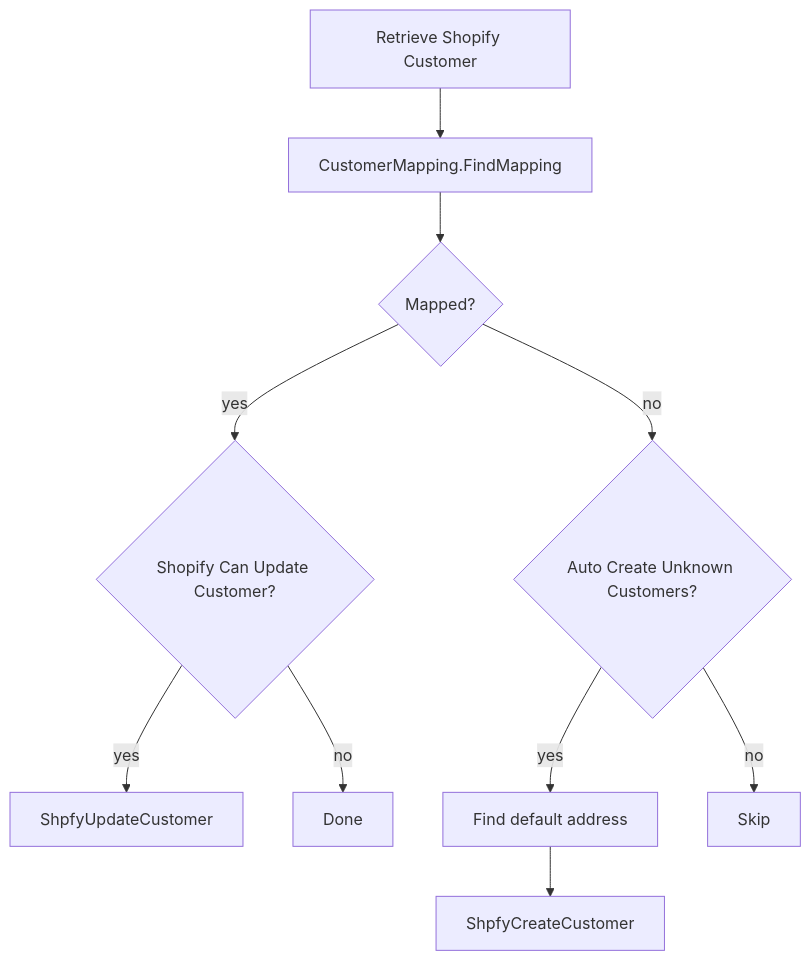
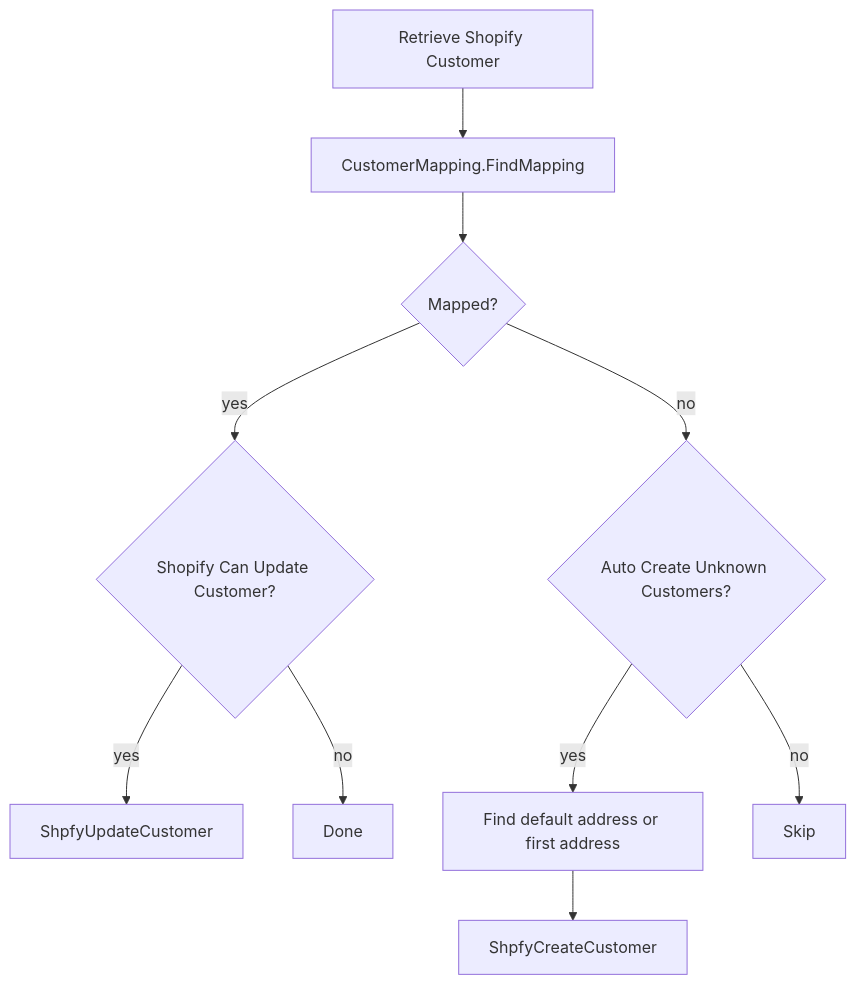
Before and after one commit to StefanMaron/MSDyn365BC.Sandbox.Code.History: the first of 2 diagrams in Shopify Connector/src/Customers/docs/business-logic.md, drawn with Mermaid. The commit also changed other lines of this file and 407 other files, not shown here.

````diff
--- a/Shopify Connector/src/Customers/docs/business-logic.md
+++ b/Shopify Connector/src/Customers/docs/business-logic.md
@@ -8,12 +8,12 @@
 ```mermaid
 flowchart TD
     A[Retrieve Shopify Customer] --> B[CustomerMapping.FindMapping]
     B --> C{Mapped?}
     C -- yes --> D{Shopify Can Update Customer?}
     D -- yes --> E[ShpfyUpdateCustomer]
     D -- no --> F[Done]
     C -- no --> G{Auto Create Unknown Customers?}
-    G -- yes --> H[Find default address]
+    G -- yes --> H[Find default address or first address]
     H --> I[ShpfyCreateCustomer]
     G -- no --> J[Skip]
 ```
````
